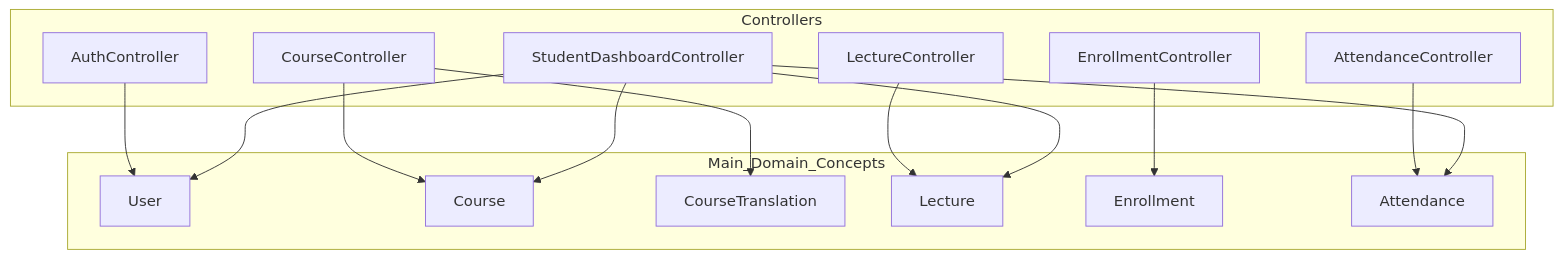
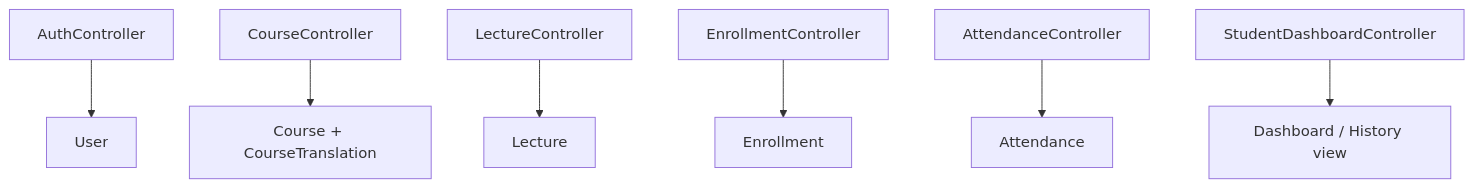
The third of 3 diagrams in docs/diagrams/CLASS_DIAGRAM.md (SeoBlack/Attendance), drawn with Mermaid before and after one commit. The commit also changed other lines of this file, not shown here.

````diff
--- a/docs/diagrams/CLASS_DIAGRAM.md
+++ b/docs/diagrams/CLASS_DIAGRAM.md
@@ -94,31 +105,9 @@
 ```mermaid
 flowchart TB
-  subgraph Controllers
-    AuthController
-    CourseController
-    LectureController
-    EnrollmentController
-    AttendanceController
-    StudentDashboardController
-  end
-
-  subgraph Main_Domain_Concepts
-    User
-    Course
-    CourseTranslation
-    Lecture
-    Enrollment
-    Attendance
-  end
-
-  AuthController --> User
-  CourseController --> Course
-  CourseController --> CourseTranslation
-  LectureController --> Lecture
-  EnrollmentController --> Enrollment
-  AttendanceController --> Attendance
-  StudentDashboardController --> User
-  StudentDashboardController --> Course
-  StudentDashboardController --> Lecture
-  StudentDashboardController --> Attendance
+  AuthController["AuthController"] --> User["User"]
+  CourseController["CourseController"] --> Course["Course + CourseTranslation"]
+  LectureController["LectureController"] --> Lecture["Lecture"]
+  EnrollmentController["EnrollmentController"] --> Enrollment["Enrollment"]
+  AttendanceController["AttendanceController"] --> Attendance["Attendance"]
+  StudentDashboardController["StudentDashboardController"] --> Dashboard["Dashboard / History view"]
 ```
````
